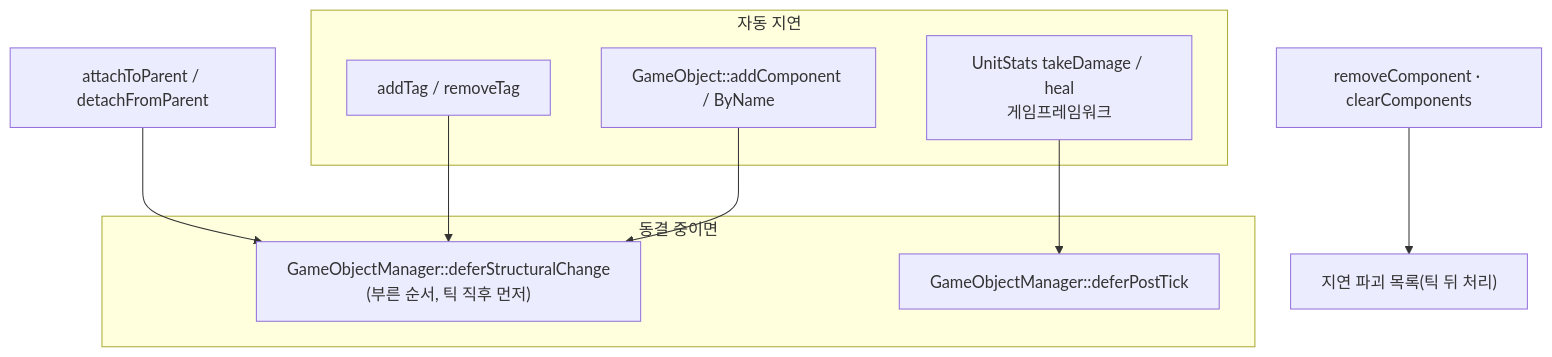
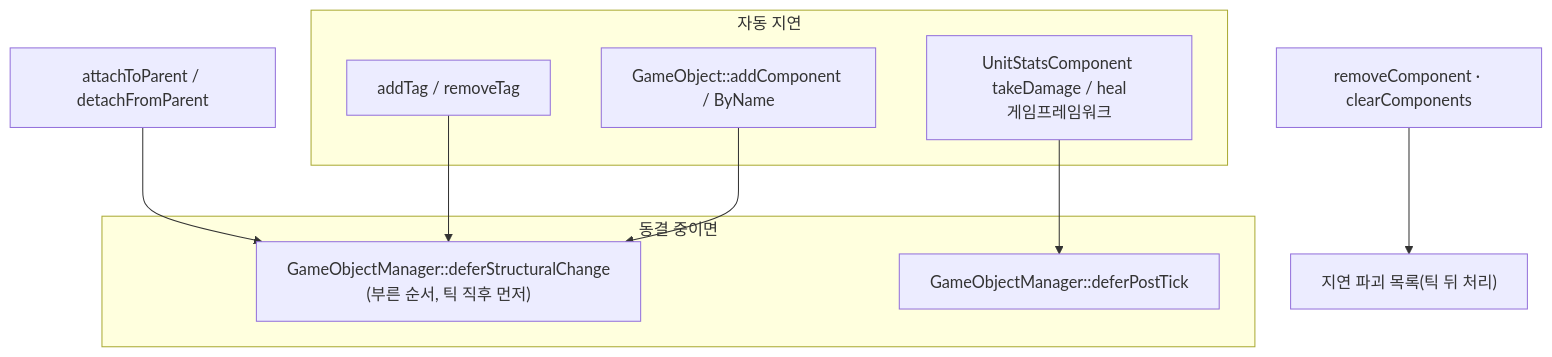
The third of 3 diagrams in Source/Engine/Object/README.md (sswgame/LearningTemplate), drawn with Mermaid before and after one commit. The commit also changed other lines of this file and 43 other files, not shown here.

````diff
--- a/Source/Engine/Object/README.md
+++ b/Source/Engine/Object/README.md
@@ -395,17 +396,17 @@
 ```mermaid
 flowchart TB
   subgraph auto ["자동 지연"]
     AC["GameObject::addComponent / ByName"]
     TG["addTag / removeTag"]
-    DM["UnitStats takeDamage / heal<br/>게임프레임워크"]
+    DM["UnitStatsComponent takeDamage / heal<br/>게임프레임워크"]
   end
   subgraph when ["동결 중이면"]
     SC["GameObjectManager::deferStructuralChange<br/>(부른 순서, 틱 직후 먼저)"]
     PT["GameObjectManager::deferPostTick"]
   end
   AC --> SC
   TG --> SC
   AT["attachToParent / detachFromParent"] --> SC
   RM["removeComponent · clearComponents"] --> DD["지연 파괴 목록(틱 뒤 처리)"]
   DM --> PT
 ```
````
